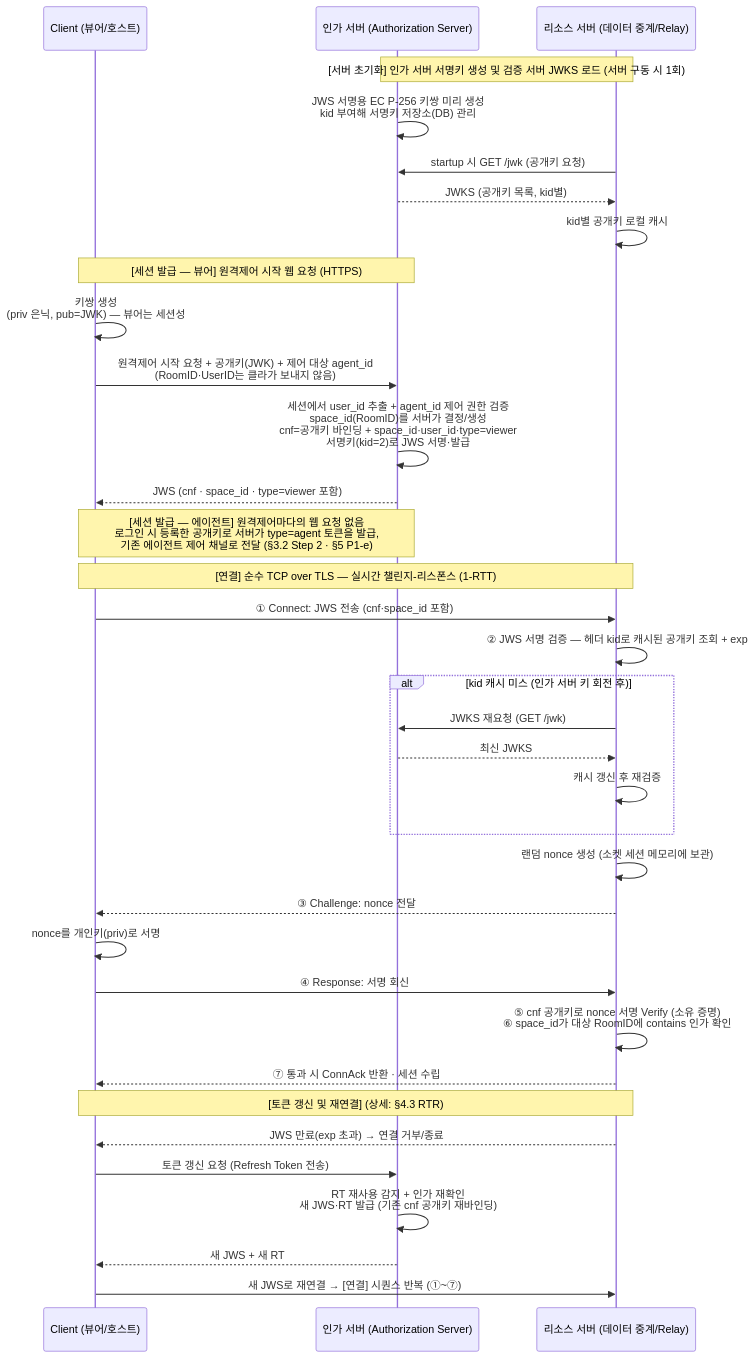
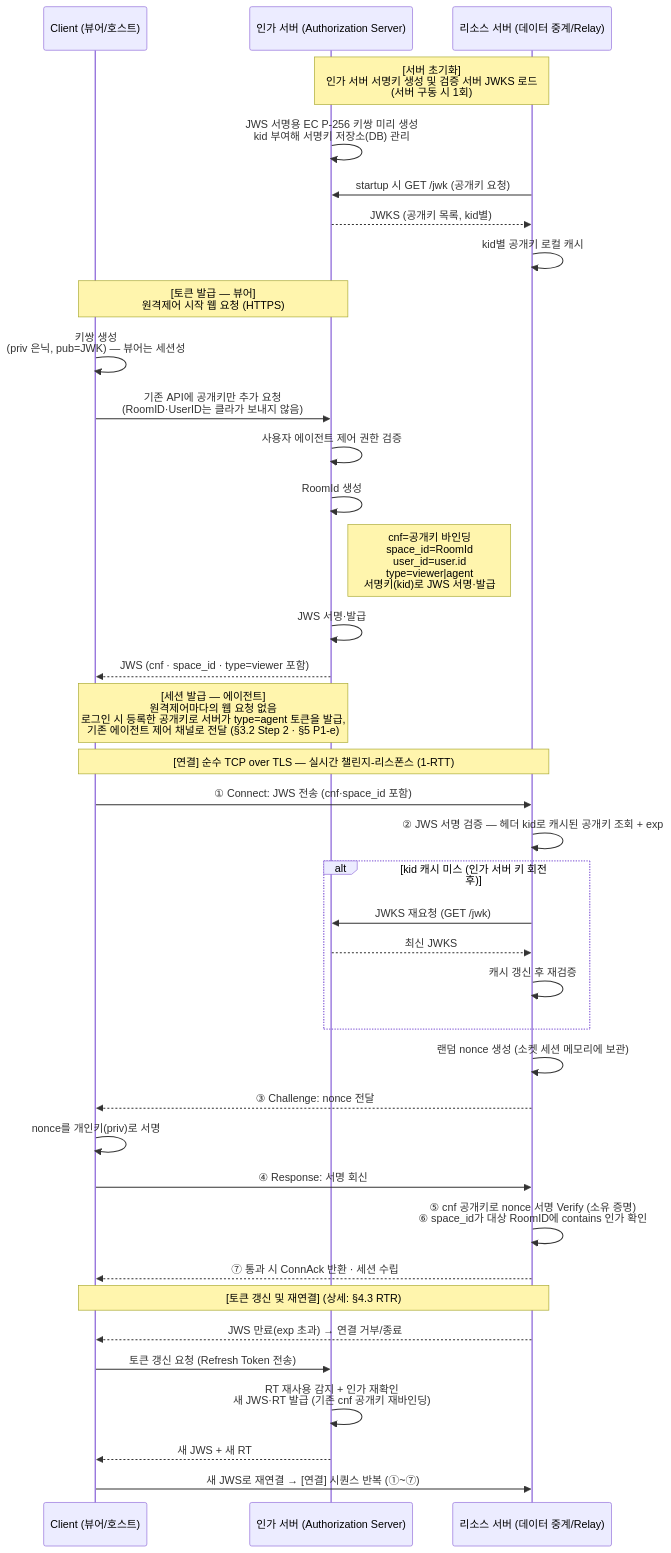
One commit to gmoon92/toy changed the third of 4 diagrams in spring-security/docs/auth-architecture/sender-constrained-relay-architecture.md. Above: the diagram before and after it, drawn with Mermaid. The commit also changed 1 other file, not shown here.

Commit message:
docs(auth-architecture): 시퀀스 다이어그램 정리 및 요약본 구조 간소화
- 토큰 발급 시퀀스 단계 세분화·라벨 정리(RoomId 생성·JWS 발급 분리)
- 요약본 섹션 번호 제거 및 Action Items·운영 유의 섹션 정리

````diff
--- a/spring-security/docs/auth-architecture/sender-constrained-relay-architecture.md
+++ b/spring-security/docs/auth-architecture/sender-constrained-relay-architecture.md
@@ -183,41 +183,44 @@
 ```mermaid
 sequenceDiagram
     participant C as Client (뷰어/호스트)
     participant S as 인가 서버 (Authorization Server)
     participant R as 리소스 서버 (데이터 중계/Relay)
 
-    Note over S, R: [서버 초기화] 인가 서버 서명키 생성 및 검증 서버 JWKS 로드 (서버 구동 시 1회)
+    Note over S, R: [서버 초기화] <br/>인가 서버 서명키 생성 및 검증 서버 JWKS 로드 <br/>(서버 구동 시 1회)
     S ->> S: JWS 서명용 EC P-256 키쌍 미리 생성<br/>kid 부여해 서명키 저장소(DB) 관리
     R ->> S: startup 시 GET /jwk (공개키 요청)
     S -->> R: JWKS (공개키 목록, kid별)
     R ->> R: kid별 공개키 로컬 캐시
 
-    Note over C, S: [세션 발급 — 뷰어] 원격제어 시작 웹 요청 (HTTPS)
+    Note over C, S: [토큰 발급 — 뷰어] <br/>원격제어 시작 웹 요청 (HTTPS)
     C ->> C: 키쌍 생성<br/>(priv 은닉, pub=JWK) — 뷰어는 세션성
-    C ->> S: 원격제어 시작 요청 + 공개키(JWK) + 제어 대상 agent_id<br/>(RoomID·UserID는 클라가 보내지 않음)
-    S ->> S: 세션에서 user_id 추출 + agent_id 제어 권한 검증<br/>space_id(RoomID)를 서버가 결정/생성<br/>cnf=공개키 바인딩 + space_id·user_id·type=viewer<br/>서명키(kid=2)로 JWS 서명·발급
+    C ->> S: 기존 API에 공개키만 추가 요청<br/>(RoomID·UserID는 클라가 보내지 않음)
+    S ->> S: 사용자 에이전트 제어 권한 검증
+    S ->> S: RoomId 생성
+    Note right of S: cnf=공개키 바인딩<br/>space_id=RoomId<br/>user_id=user.id<br/>type=viewer|agent<br/>서명키(kid)로 JWS 서명·발급
+    S ->> S: JWS 서명·발급
     S -->> C: JWS (cnf · space_id · type=viewer 포함)
-    Note over C, S: [세션 발급 — 에이전트] 원격제어마다의 웹 요청 없음<br/>로그인 시 등록한 공개키로 서버가 type=agent 토큰을 발급,<br/>기존 에이전트 제어 채널로 전달 (§3.2 Step 2 · §5 P1-e)
+    Note over C, S: [세션 발급 — 에이전트]<br/>원격제어마다의 웹 요청 없음<br/>로그인 시 등록한 공개키로 서버가 type=agent 토큰을 발급,<br/>기존 에이전트 제어 채널로 전달 (§3.2 Step 2 · §5 P1-e)
 
     Note over C, R: [연결] 순수 TCP over TLS — 실시간 챌린지-리스폰스 (1-RTT)
     C ->> R: ① Connect: JWS 전송 (cnf·space_id 포함)
     R ->> R: ② JWS 서명 검증 — 헤더 kid로 캐시된 공개키 조회 + exp
     alt kid 캐시 미스 (인가 서버 키 회전 후)
         R ->> S: JWKS 재요청 (GET /jwk)
         S -->> R: 최신 JWKS
         R ->> R: 캐시 갱신 후 재검증
     end
     R ->> R: 랜덤 nonce 생성 (소켓 세션 메모리에 보관)
     R -->> C: ③ Challenge: nonce 전달
     C ->> C: nonce를 개인키(priv)로 서명
     C ->> R: ④ Response: 서명 회신
     R ->> R: ⑤ cnf 공개키로 nonce 서명 Verify (소유 증명)<br/>⑥ space_id가 대상 RoomID에 contains 인가 확인
     R -->> C: ⑦ 통과 시 ConnAck 반환 · 세션 수립
 
     Note over C, R: [토큰 갱신 및 재연결] (상세: §4.3 RTR)
     R -->> C: JWS 만료(exp 초과) → 연결 거부/종료
     C ->> S: 토큰 갱신 요청 (Refresh Token 전송)
     S ->> S: RT 재사용 감지 + 인가 재확인<br/>새 JWS·RT 발급 (기존 cnf 공개키 재바인딩)
     S -->> C: 새 JWS + 새 RT
     C ->> R: 새 JWS로 재연결 → [연결] 시퀀스 반복 (①~⑦)
 ```
````
